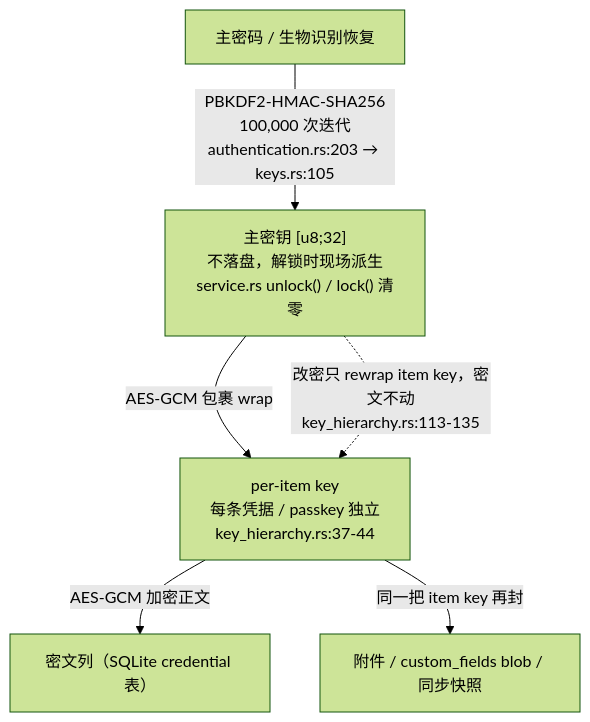
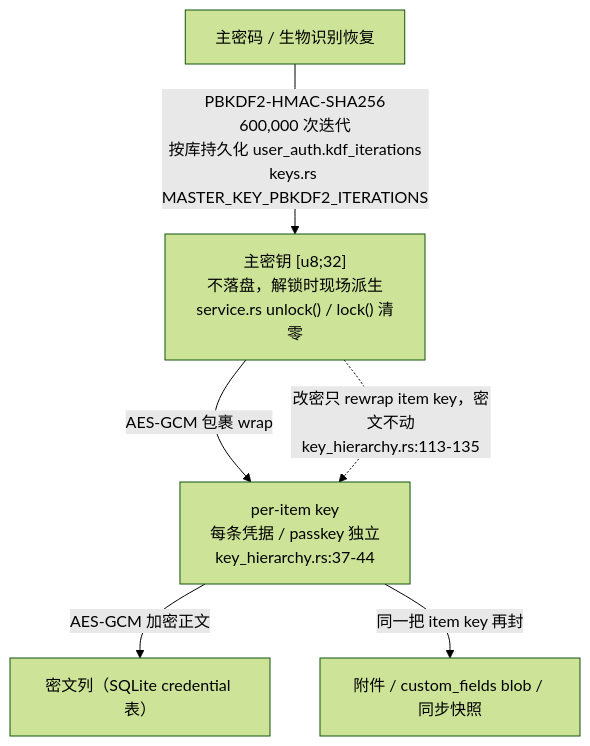
Before and after one commit to cuihairu/persona: the fourth of 5 diagrams in docs/review/2026-10-12-target-architecture-correction.md, drawn with Mermaid (forest theme). The commit also changed 16 other files, not shown here.

Commit message:
feat: persist per-vault pbkdf2 iterations and bump to 600k

````diff
--- a/docs/review/2026-10-12-target-architecture-correction.md
+++ b/docs/review/2026-10-12-target-architecture-correction.md
@@ -265,8 +265,8 @@
 ```mermaid
 flowchart TD
-    MP["主密码 / 生物识别恢复"] -->|PBKDF2-HMAC-SHA256<br/>100,000 次迭代<br/>authentication.rs:203 → keys.rs:105| MK["主密钥 [u8;32]<br/>不落盘，解锁时现场派生<br/>service.rs unlock() / lock() 清零"]
+    MP["主密码 / 生物识别恢复"] -->|PBKDF2-HMAC-SHA256<br/>600,000 次迭代<br/>按库持久化 user_auth.kdf_iterations<br/>keys.rs MASTER_KEY_PBKDF2_ITERATIONS| MK["主密钥 [u8;32]<br/>不落盘，解锁时现场派生<br/>service.rs unlock() / lock() 清零"]
     MK -->|AES-GCM 包裹 wrap| IK["per-item key<br/>每条凭据 / passkey 独立<br/>key_hierarchy.rs:37-44"]
     IK -->|AES-GCM 加密正文| CT["密文列（SQLite credential 表）"]
     IK -->|同一把 item key 再封| AUX["附件 / custom_fields blob / 同步快照"]
     MK -.->|改密只 rewrap item key，密文不动<br/>key_hierarchy.rs:113-135| IK
 ```
````
